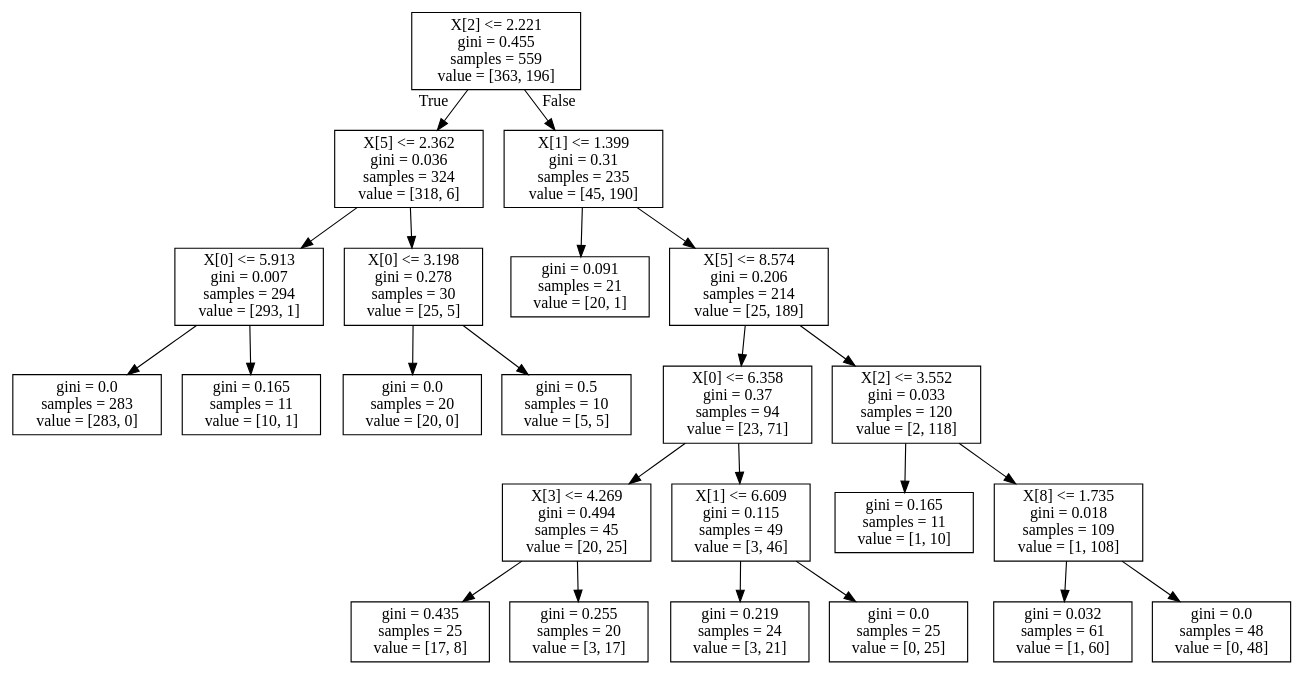
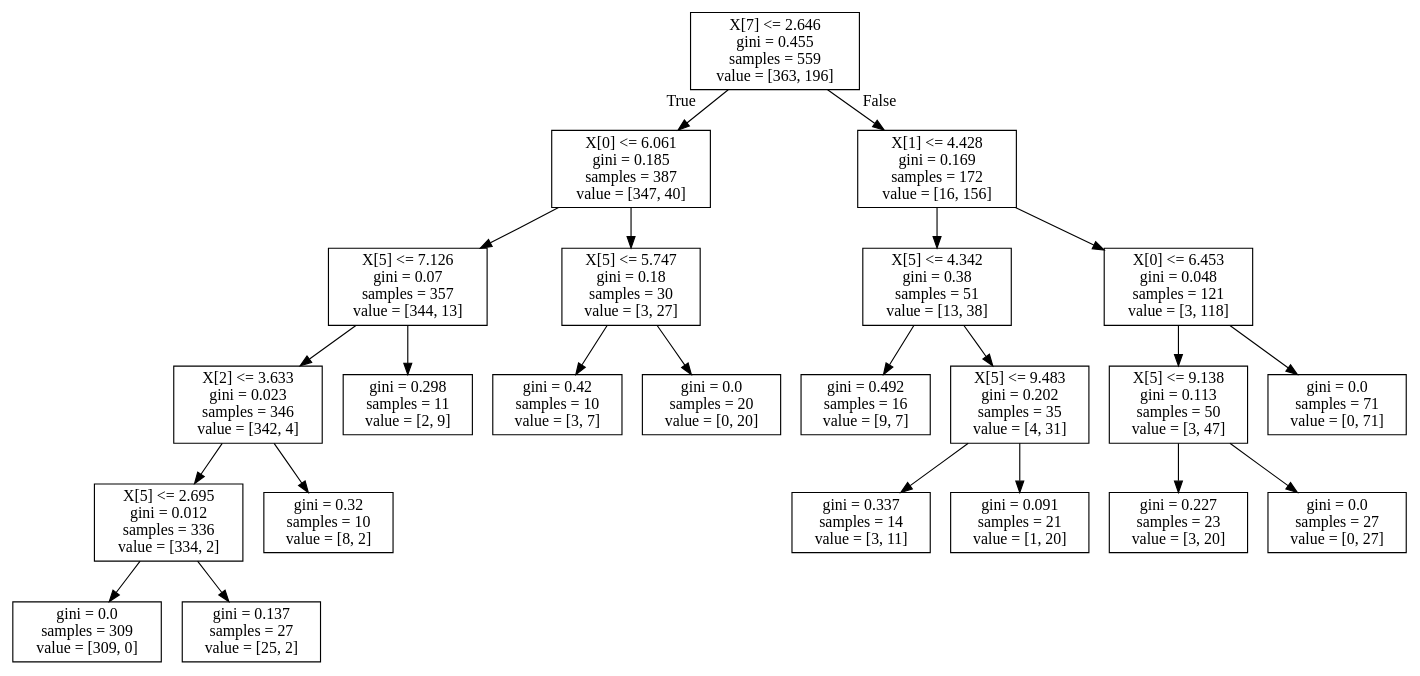
The diagram in out/decision_tree_pruning/breastcancer-prune.dot (bradreardon/cs4641-supervised-learning), drawn with Graphviz before and after one commit. The commit also changed 24 other files, not shown here.

```diff
--- a/out/decision_tree_pruning/breastcancer-prune.dot
+++ b/out/decision_tree_pruning/breastcancer-prune.dot
@@ -1,48 +1,48 @@
 digraph Tree {
 node [shape=box] ;
-0 [label="X[2] <= 2.221\ngini = 0.455\nsamples = 559\nvalue = [363, 196]"] ;
-1 [label="X[5] <= 2.362\ngini = 0.036\nsamples = 324\nvalue = [318, 6]"] ;
+0 [label="X[7] <= 2.646\ngini = 0.455\nsamples = 559\nvalue = [363, 196]"] ;
+1 [label="X[0] <= 6.061\ngini = 0.185\nsamples = 387\nvalue = [347, 40]"] ;
 0 -> 1 [labeldistance=2.5, labelangle=45, headlabel="True"] ;
-2 [label="X[0] <= 5.913\ngini = 0.007\nsamples = 294\nvalue = [293, 1]"] ;
+2 [label="X[5] <= 7.126\ngini = 0.07\nsamples = 357\nvalue = [344, 13]"] ;
 1 -> 2 ;
-3 [label="gini = 0.0\nsamples = 283\nvalue = [283, 0]"] ;
+3 [label="X[2] <= 3.633\ngini = 0.023\nsamples = 346\nvalue = [342, 4]"] ;
 2 -> 3 ;
-4 [label="gini = 0.165\nsamples = 11\nvalue = [10, 1]"] ;
-2 -> 4 ;
-5 [label="X[0] <= 3.198\ngini = 0.278\nsamples = 30\nvalue = [25, 5]"] ;
-1 -> 5 ;
-6 [label="gini = 0.0\nsamples = 20\nvalue = [20, 0]"] ;
-5 -> 6 ;
-7 [label="gini = 0.5\nsamples = 10\nvalue = [5, 5]"] ;
-5 -> 7 ;
-8 [label="X[1] <= 1.399\ngini = 0.31\nsamples = 235\nvalue = [45, 190]"] ;
-0 -> 8 [labeldistance=2.5, labelangle=-45, headlabel="False"] ;
-9 [label="gini = 0.091\nsamples = 21\nvalue = [20, 1]"] ;
-8 -> 9 ;
-10 [label="X[5] <= 8.574\ngini = 0.206\nsamples = 214\nvalue = [25, 189]"] ;
-8 -> 10 ;
-11 [label="X[0] <= 6.358\ngini = 0.37\nsamples = 94\nvalue = [23, 71]"] ;
-10 -> 11 ;
-12 [label="X[3] <= 4.269\ngini = 0.494\nsamples = 45\nvalue = [20, 25]"] ;
-11 -> 12 ;
-13 [label="gini = 0.435\nsamples = 25\nvalue = [17, 8]"] ;
+4 [label="X[5] <= 2.695\ngini = 0.012\nsamples = 336\nvalue = [334, 2]"] ;
+3 -> 4 ;
+5 [label="gini = 0.0\nsamples = 309\nvalue = [309, 0]"] ;
+4 -> 5 ;
+6 [label="gini = 0.137\nsamples = 27\nvalue = [25, 2]"] ;
+4 -> 6 ;
+7 [label="gini = 0.32\nsamples = 10\nvalue = [8, 2]"] ;
+3 -> 7 ;
+8 [label="gini = 0.298\nsamples = 11\nvalue = [2, 9]"] ;
+2 -> 8 ;
+9 [label="X[5] <= 5.747\ngini = 0.18\nsamples = 30\nvalue = [3, 27]"] ;
+1 -> 9 ;
+10 [label="gini = 0.42\nsamples = 10\nvalue = [3, 7]"] ;
+9 -> 10 ;
+11 [label="gini = 0.0\nsamples = 20\nvalue = [0, 20]"] ;
+9 -> 11 ;
+12 [label="X[1] <= 4.428\ngini = 0.169\nsamples = 172\nvalue = [16, 156]"] ;
+0 -> 12 [labeldistance=2.5, labelangle=-45, headlabel="False"] ;
+13 [label="X[5] <= 4.342\ngini = 0.38\nsamples = 51\nvalue = [13, 38]"] ;
 12 -> 13 ;
-14 [label="gini = 0.255\nsamples = 20\nvalue = [3, 17]"] ;
-12 -> 14 ;
-15 [label="X[1] <= 6.609\ngini = 0.115\nsamples = 49\nvalue = [3, 46]"] ;
-11 -> 15 ;
-16 [label="gini = 0.219\nsamples = 24\nvalue = [3, 21]"] ;
+14 [label="gini = 0.492\nsamples = 16\nvalue = [9, 7]"] ;
+13 -> 14 ;
+15 [label="X[5] <= 9.483\ngini = 0.202\nsamples = 35\nvalue = [4, 31]"] ;
+13 -> 15 ;
+16 [label="gini = 0.337\nsamples = 14\nvalue = [3, 11]"] ;
 15 -> 16 ;
-17 [label="gini = 0.0\nsamples = 25\nvalue = [0, 25]"] ;
+17 [label="gini = 0.091\nsamples = 21\nvalue = [1, 20]"] ;
 15 -> 17 ;
-18 [label="X[2] <= 3.552\ngini = 0.033\nsamples = 120\nvalue = [2, 118]"] ;
-10 -> 18 ;
-19 [label="gini = 0.165\nsamples = 11\nvalue = [1, 10]"] ;
+18 [label="X[0] <= 6.453\ngini = 0.048\nsamples = 121\nvalue = [3, 118]"] ;
+12 -> 18 ;
+19 [label="X[5] <= 9.138\ngini = 0.113\nsamples = 50\nvalue = [3, 47]"] ;
 18 -> 19 ;
-20 [label="X[8] <= 1.735\ngini = 0.018\nsamples = 109\nvalue = [1, 108]"] ;
-18 -> 20 ;
-21 [label="gini = 0.032\nsamples = 61\nvalue = [1, 60]"] ;
-20 -> 21 ;
-22 [label="gini = 0.0\nsamples = 48\nvalue = [0, 48]"] ;
-20 -> 22 ;
+20 [label="gini = 0.227\nsamples = 23\nvalue = [3, 20]"] ;
+19 -> 20 ;
+21 [label="gini = 0.0\nsamples = 27\nvalue = [0, 27]"] ;
+19 -> 21 ;
+22 [label="gini = 0.0\nsamples = 71\nvalue = [0, 71]"] ;
+18 -> 22 ;
 }
```
